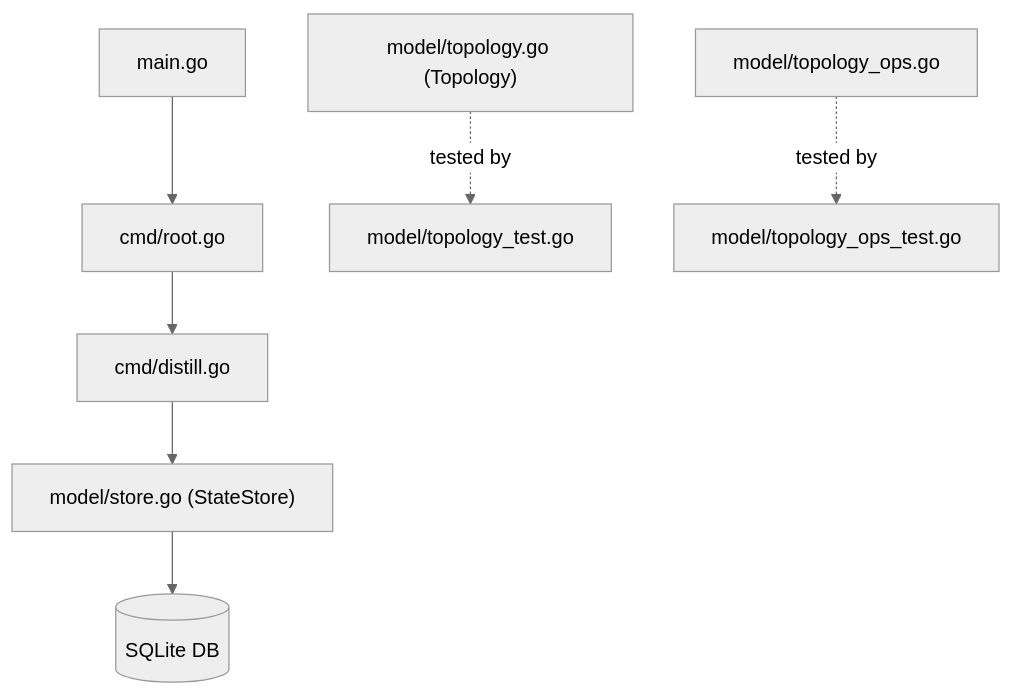
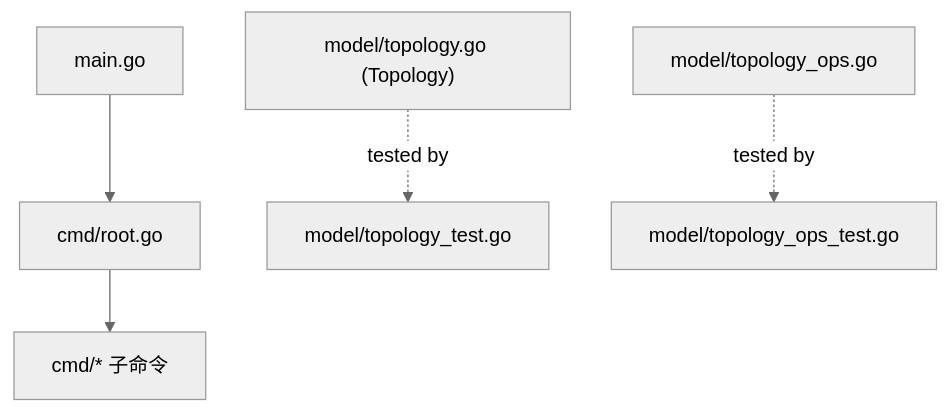
Before and after one commit to BizShuk/cc-plugin: the first of 2 diagrams in plans/2026-07-02-architecture-topology-extraction.md, drawn with Mermaid (neutral theme). The commit also changed other lines of this file and 61 other files, not shown here.

````diff
--- a/plans/2026-07-02-architecture-topology-extraction.md
+++ b/plans/2026-07-02-architecture-topology-extraction.md
@@ -28,9 +28,7 @@
 ```mermaid
 flowchart TD
     M["main.go"] --> CLI["cmd/root.go"]
-    CLI --> Distill["cmd/distill.go"]
-    Distill --> MS["model/store.go (StateStore)"]
-    MS --> DB[("SQLite DB")]
+    CLI --> Commands["cmd/* 子命令"]
     MT["model/topology.go (Topology)"] -.->|"tested by"| TST["model/topology_test.go"]
     MT_OPS["model/topology_ops.go"] -.->|"tested by"| TST_OPS["model/topology_ops_test.go"]
 ```
````
